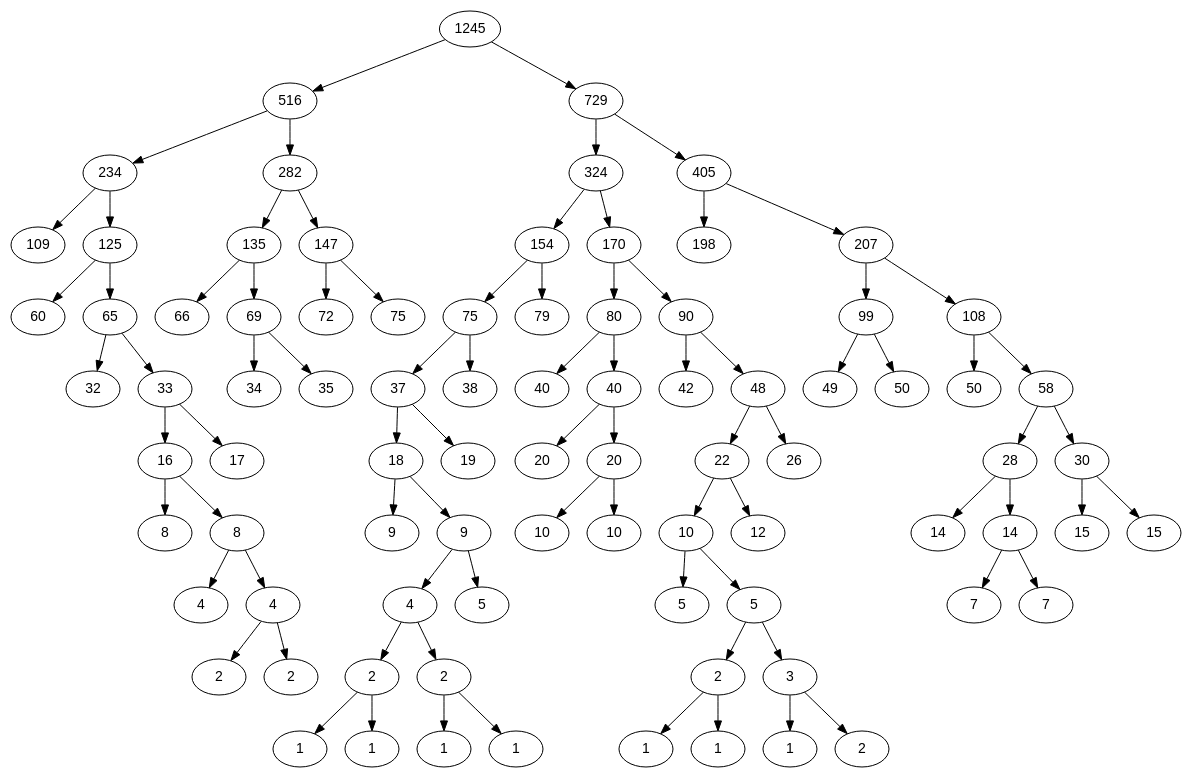
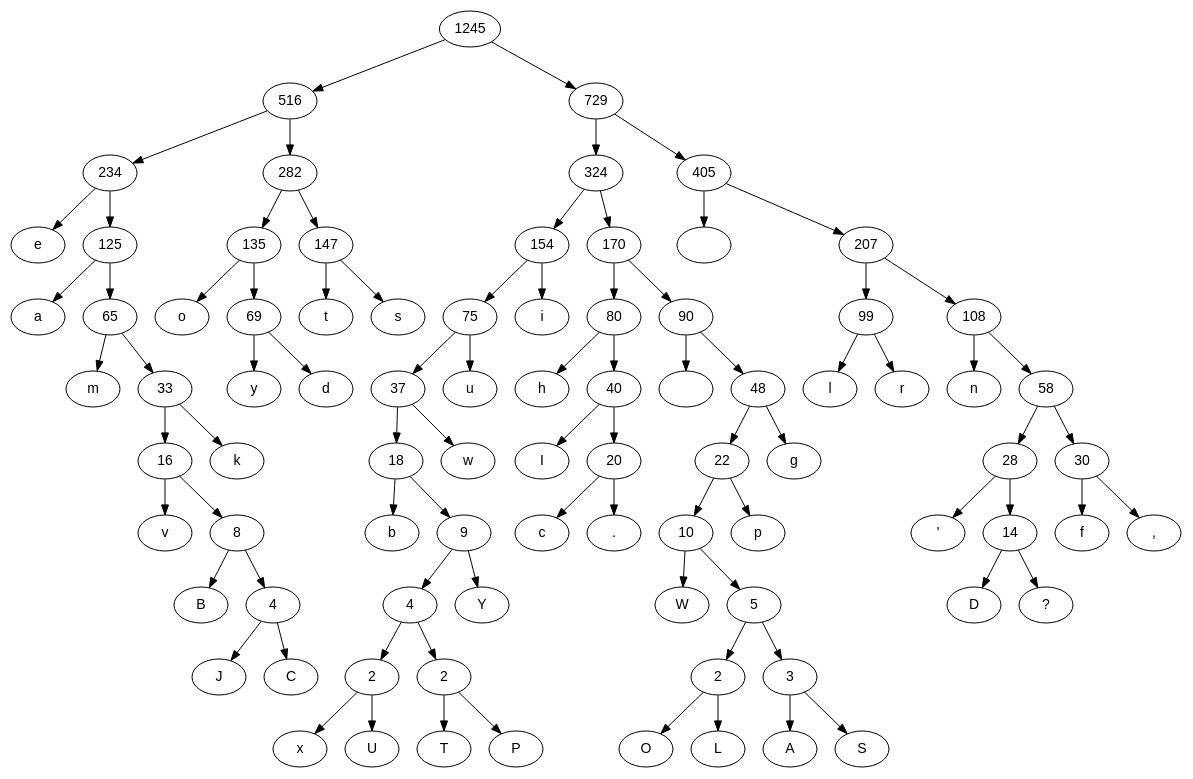
The diagram in resources/test.dot (lukas-hen/compRS), drawn with Graphviz before and after one commit. The commit also changed 5 other files, not shown here.

```diff
--- a/resources/test.dot
+++ b/resources/test.dot
@@ -1,130 +1,131 @@
 digraph BST {
 	node [fontname="Arial"]
-	l5 [ label = "1" ];
-	l39 [ label = "1" ];
-	l26 [ label = "1" ];
-	l36 [ label = "1" ];
-	l27 [ label = "1" ];
-	l9 [ label = "1" ];
-	l13 [ label = "1" ];
-	l34 [ label = "2" ];
-	l33 [ label = "2" ];
-	l4 [ label = "2" ];
+	l21 [ label = "x" ];
+	l22 [ label = "U" ];
+	l28 [ label = "T" ];
+	l42 [ label = "P" ];
+	l34 [ label = "O" ];
+	l41 [ label = "L" ];
+	l8 [ label = "A" ];
+	l3 [ label = "S" ];
+	l20 [ label = "J" ];
+	l38 [ label = "C" ];
 	l43 [ label = "2" ];
 	l44 [ label = "2" ];
 	l45 [ label = "2" ];
 	l46 [ label = "3" ];
-	l18 [ label = "4" ];
+	l16 [ label = "B" ];
 	l47 [ label = "4" ];
 	l48 [ label = "4" ];
-	l15 [ label = "5" ];
-	l17 [ label = "5" ];
+	l23 [ label = "Y" ];
+	l2 [ label = "W" ];
 	l49 [ label = "5" ];
-	l3 [ label = "7" ];
-	l24 [ label = "7" ];
-	l22 [ label = "8" ];
+	l13 [ label = "D" ];
+	l37 [ label = "?" ];
+	l12 [ label = "v" ];
 	l50 [ label = "8" ];
-	l8 [ label = "9" ];
+	l35 [ label = "b" ];
 	l51 [ label = "9" ];
-	l30 [ label = "10" ];
-	l14 [ label = "10" ];
+	l31 [ label = "c" ];
+	l6 [ label = "." ];
 	l52 [ label = "10" ];
-	l11 [ label = "12" ];
-	l21 [ label = "14" ];
+	l17 [ label = "p" ];
+	l40 [ label = "'" ];
 	l53 [ label = "14" ];
-	l6 [ label = "15" ];
-	l42 [ label = "15" ];
+	l39 [ label = "f" ];
+	l18 [ label = "," ];
 	l54 [ label = "16" ];
-	l16 [ label = "17" ];
+	l36 [ label = "k" ];
 	l55 [ label = "18" ];
-	l10 [ label = "19" ];
-	l19 [ label = "20" ];
+	l4 [ label = "w" ];
+	l29 [ label = "I" ];
 	l56 [ label = "20" ];
 	l57 [ label = "22" ];
-	l28 [ label = "26" ];
+	l7 [ label = "g" ];
 	l58 [ label = "28" ];
 	l59 [ label = "30" ];
-	l23 [ label = "32" ];
+	l27 [ label = "m" ];
 	l60 [ label = "33" ];
-	l12 [ label = "34" ];
-	l2 [ label = "35" ];
+	l14 [ label = "y" ];
+	l24 [ label = "d" ];
 	l61 [ label = "37" ];
-	l31 [ label = "38" ];
-	l7 [ label = "40" ];
+	l26 [ label = "u" ];
+	l5 [ label = "h" ];
 	l62 [ label = "40" ];
-	l25 [ label = "42" ];
+	l11 [ label = "
+" ];
 	l63 [ label = "48" ];
-	l41 [ label = "49" ];
-	l32 [ label = "50" ];
-	l20 [ label = "50" ];
+	l19 [ label = "l" ];
+	l0 [ label = "r" ];
+	l15 [ label = "n" ];
 	l64 [ label = "58" ];
-	l1 [ label = "60" ];
+	l10 [ label = "a" ];
 	l65 [ label = "65" ];
-	l37 [ label = "66" ];
+	l30 [ label = "o" ];
 	l66 [ label = "69" ];
-	l40 [ label = "72" ];
-	l38 [ label = "75" ];
+	l32 [ label = "t" ];
+	l33 [ label = "s" ];
 	l67 [ label = "75" ];
-	l35 [ label = "79" ];
+	l9 [ label = "i" ];
 	l68 [ label = "80" ];
 	l69 [ label = "90" ];
 	l70 [ label = "99" ];
 	l71 [ label = "108" ];
-	l0 [ label = "109" ];
+	l25 [ label = "e" ];
 	l72 [ label = "125" ];
 	l73 [ label = "135" ];
 	l74 [ label = "147" ];
 	l75 [ label = "154" ];
 	l76 [ label = "170" ];
-	l29 [ label = "198" ];
+	l1 [ label = " " ];
 	l77 [ label = "207" ];
 	l78 [ label = "234" ];
 	l79 [ label = "282" ];
 	l80 [ label = "324" ];
 	l81 [ label = "405" ];
 	l82 [ label = "516" ];
 	l83 [ label = "729" ];
 	l84 [ label = "1245" ];
-	l43 -> { l5 l39 };
-	l44 -> { l26 l36 };
-	l45 -> { l27 l9 };
-	l46 -> { l13 l34 };
-	l47 -> { l33 l4 };
+	l43 -> { l21 l22 };
+	l44 -> { l28 l42 };
+	l45 -> { l34 l41 };
+	l46 -> { l8 l3 };
+	l47 -> { l20 l38 };
 	l48 -> { l43 l44 };
 	l49 -> { l45 l46 };
-	l50 -> { l18 l47 };
-	l51 -> { l48 l15 };
-	l52 -> { l17 l49 };
-	l53 -> { l3 l24 };
-	l54 -> { l22 l50 };
-	l55 -> { l8 l51 };
-	l56 -> { l30 l14 };
-	l57 -> { l52 l11 };
-	l58 -> { l21 l53 };
-	l59 -> { l6 l42 };
-	l60 -> { l54 l16 };
-	l61 -> { l55 l10 };
-	l62 -> { l19 l56 };
-	l63 -> { l57 l28 };
+	l50 -> { l16 l47 };
+	l51 -> { l48 l23 };
+	l52 -> { l2 l49 };
+	l53 -> { l13 l37 };
+	l54 -> { l12 l50 };
+	l55 -> { l35 l51 };
+	l56 -> { l31 l6 };
+	l57 -> { l52 l17 };
+	l58 -> { l40 l53 };
+	l59 -> { l39 l18 };
+	l60 -> { l54 l36 };
+	l61 -> { l55 l4 };
+	l62 -> { l29 l56 };
+	l63 -> { l57 l7 };
 	l64 -> { l58 l59 };
-	l65 -> { l23 l60 };
-	l66 -> { l12 l2 };
-	l67 -> { l61 l31 };
-	l68 -> { l7 l62 };
-	l69 -> { l25 l63 };
-	l70 -> { l41 l32 };
-	l71 -> { l20 l64 };
-	l72 -> { l1 l65 };
-	l73 -> { l37 l66 };
-	l74 -> { l40 l38 };
-	l75 -> { l67 l35 };
+	l65 -> { l27 l60 };
+	l66 -> { l14 l24 };
+	l67 -> { l61 l26 };
+	l68 -> { l5 l62 };
+	l69 -> { l11 l63 };
+	l70 -> { l19 l0 };
+	l71 -> { l15 l64 };
+	l72 -> { l10 l65 };
+	l73 -> { l30 l66 };
+	l74 -> { l32 l33 };
+	l75 -> { l67 l9 };
 	l76 -> { l68 l69 };
 	l77 -> { l70 l71 };
-	l78 -> { l0 l72 };
+	l78 -> { l25 l72 };
 	l79 -> { l73 l74 };
 	l80 -> { l75 l76 };
-	l81 -> { l29 l77 };
+	l81 -> { l1 l77 };
 	l82 -> { l78 l79 };
 	l83 -> { l80 l81 };
 	l84 -> { l82 l83 };
 }
```
